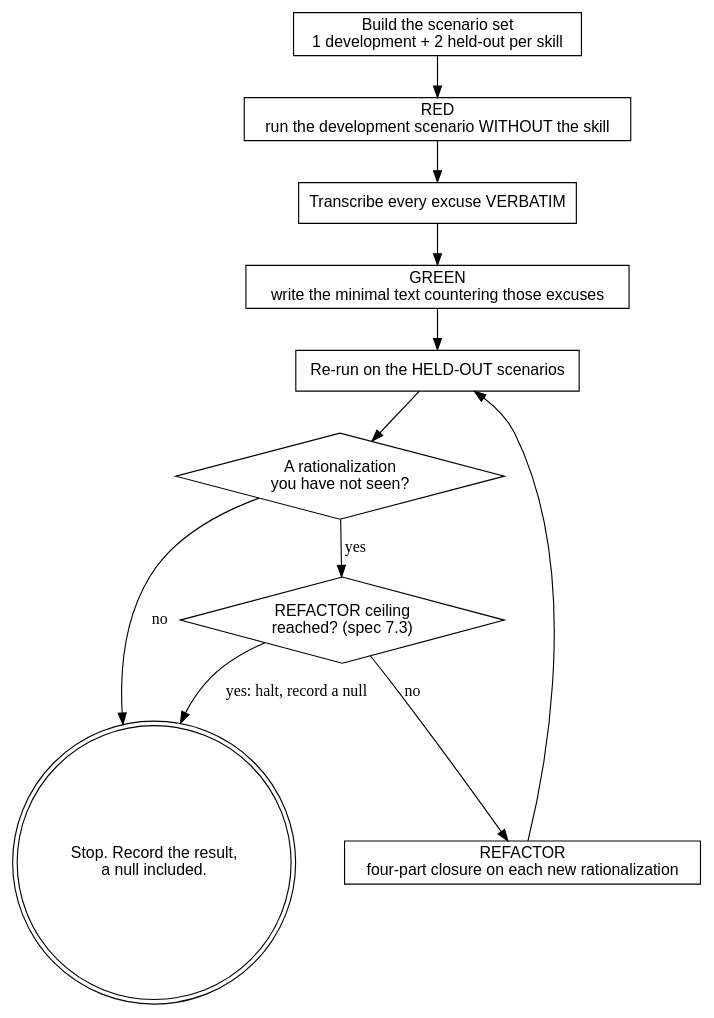
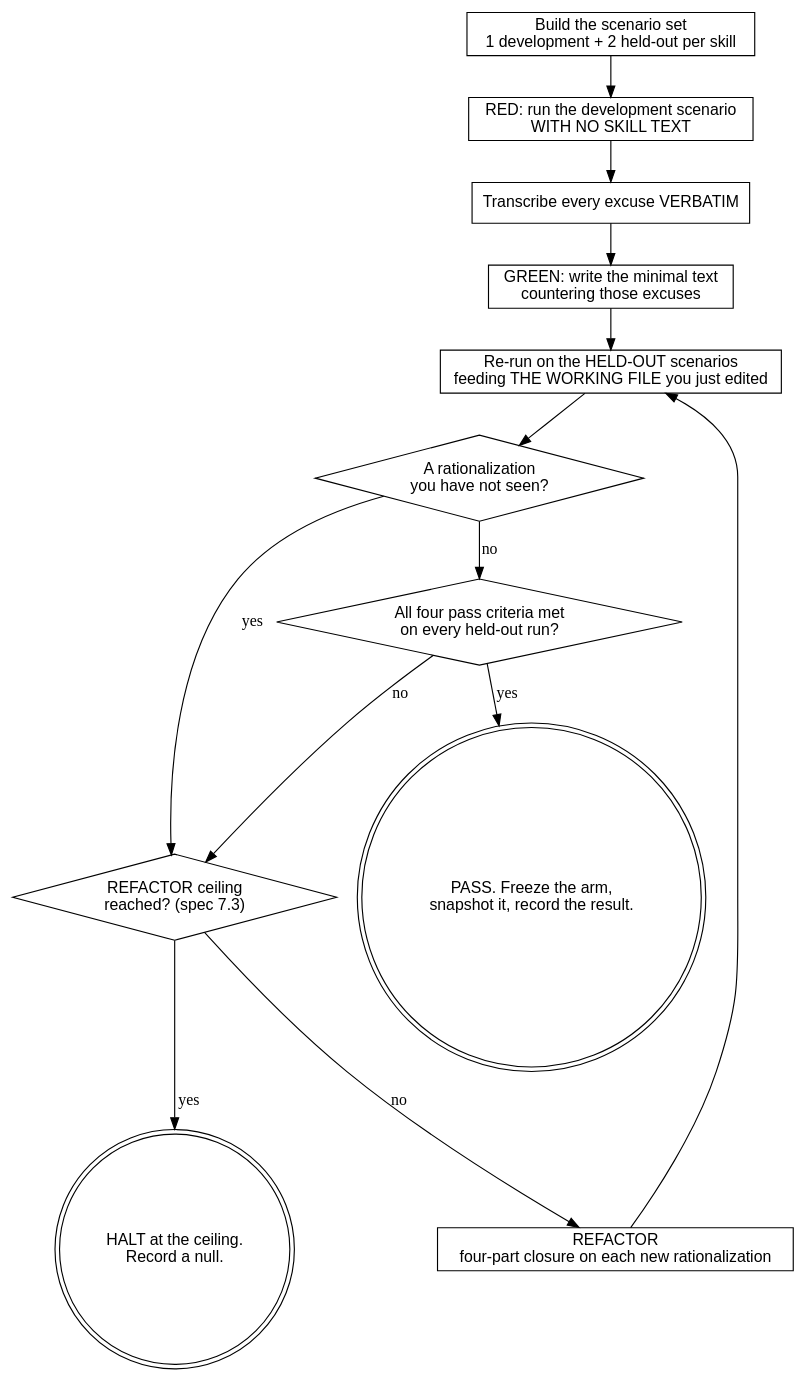
One commit to sauyon/drovr changed the diagram in skills/writing-skills/SKILL.md. Above: the diagram before and after it, drawn with Graphviz. The commit also changed other lines of this file and 4 other files, not shown here.

First line of the commit message:
fix(writing-skills): close the loop's bar, its text-under-test, and the corpus

````diff
--- a/skills/writing-skills/SKILL.md
+++ b/skills/writing-skills/SKILL.md
@@ -46,23 +43,27 @@
 ```dot
 digraph writing_skills_loop {
   rankdir=TB;
   node [shape=box, fontname="sans-serif"];
 
   build      [label="Build the scenario set\n1 development + 2 held-out per skill"];
-  red        [label="RED\nrun the development scenario WITHOUT the skill"];
+  red        [label="RED: run the development scenario\nWITH NO SKILL TEXT"];
   transcribe [label="Transcribe every excuse VERBATIM"];
-  green      [label="GREEN\nwrite the minimal text countering those excuses"];
-  retest     [label="Re-run on the HELD-OUT scenarios"];
+  green      [label="GREEN: write the minimal text\ncountering those excuses"];
+  retest     [label="Re-run on the HELD-OUT scenarios\nfeeding THE WORKING FILE you just edited"];
   fresh      [shape=diamond, label="A rationalization\nyou have not seen?"];
+  bar        [shape=diamond, label="All four pass criteria met\non every held-out run?"];
   ceiling    [shape=diamond, label="REFACTOR ceiling\nreached? (spec 7.3)"];
   closure    [label="REFACTOR\nfour-part closure on each new rationalization"];
-  stop       [shape=doublecircle, label="Stop. Record the result,\na null included."];
+  pass       [shape=doublecircle, label="PASS. Freeze the arm,\nsnapshot it, record the result."];
+  halt       [shape=doublecircle, label="HALT at the ceiling.\nRecord a null."];
 
   build -> red -> transcribe -> green -> retest -> fresh;
-  fresh   -> stop    [label="no"];
+  fresh   -> bar     [label="no"];
   fresh   -> ceiling [label="yes"];
-  ceiling -> stop    [label="yes: halt, record a null"];
+  bar     -> pass    [label="yes"];
+  bar     -> ceiling [label="no"];
+  ceiling -> halt    [label="yes"];
   ceiling -> closure [label="no"];
   closure -> retest;
 }
 ```
````
